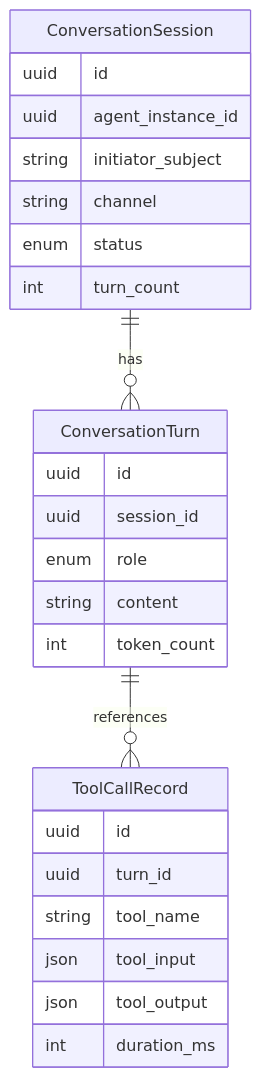
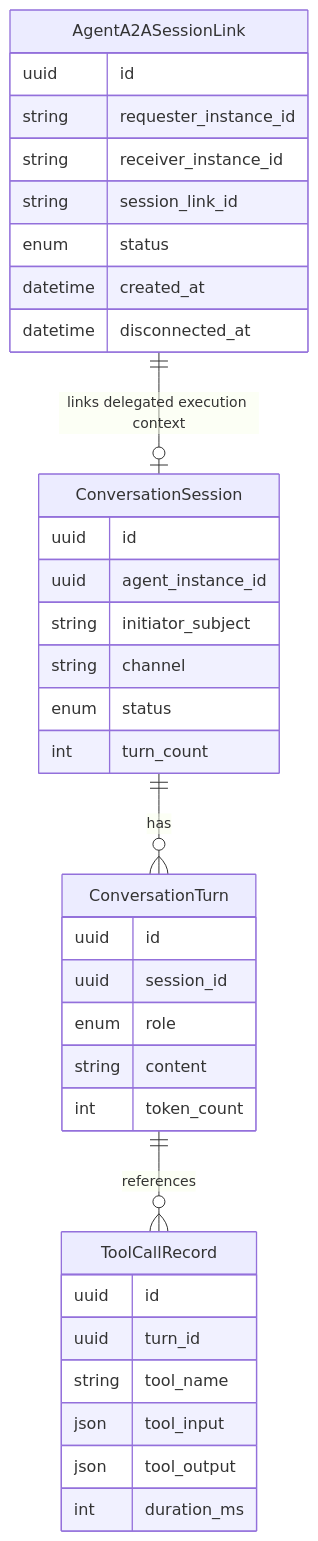
The seventh of 9 diagrams in docs/master/data-model/overview.md (hurungang/parthenon), drawn with Mermaid before and after one commit. The commit also changed other lines of this file and 170 other files, not shown here.

````diff
--- a/docs/master/data-model/overview.md
+++ b/docs/master/data-model/overview.md
@@ -497,29 +533,39 @@
 ```mermaid
 erDiagram
     ConversationSession {
         uuid id
         uuid agent_instance_id
         string initiator_subject
         string channel
         enum status
         int turn_count
     }
     ConversationTurn {
         uuid id
         uuid session_id
         enum role
         string content
         int token_count
     }
     ToolCallRecord {
         uuid id
         uuid turn_id
         string tool_name
         json tool_input
         json tool_output
         int duration_ms
     }
+    AgentA2ASessionLink {
+        uuid id
+        string requester_instance_id
+        string receiver_instance_id
+        string session_link_id
+        enum status
+        datetime created_at
+        datetime disconnected_at
+    }
 
     ConversationSession ||--o{ ConversationTurn : "has"
     ConversationTurn ||--o{ ToolCallRecord : "references"
+    AgentA2ASessionLink ||--o| ConversationSession : "links delegated execution context"
 ```
````
